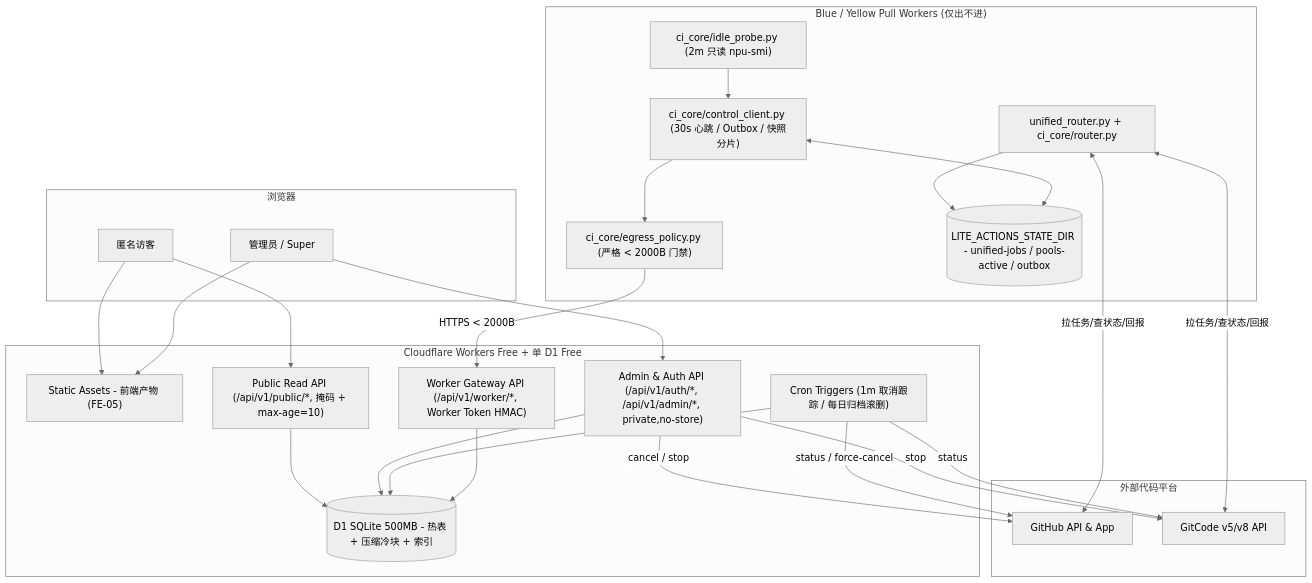
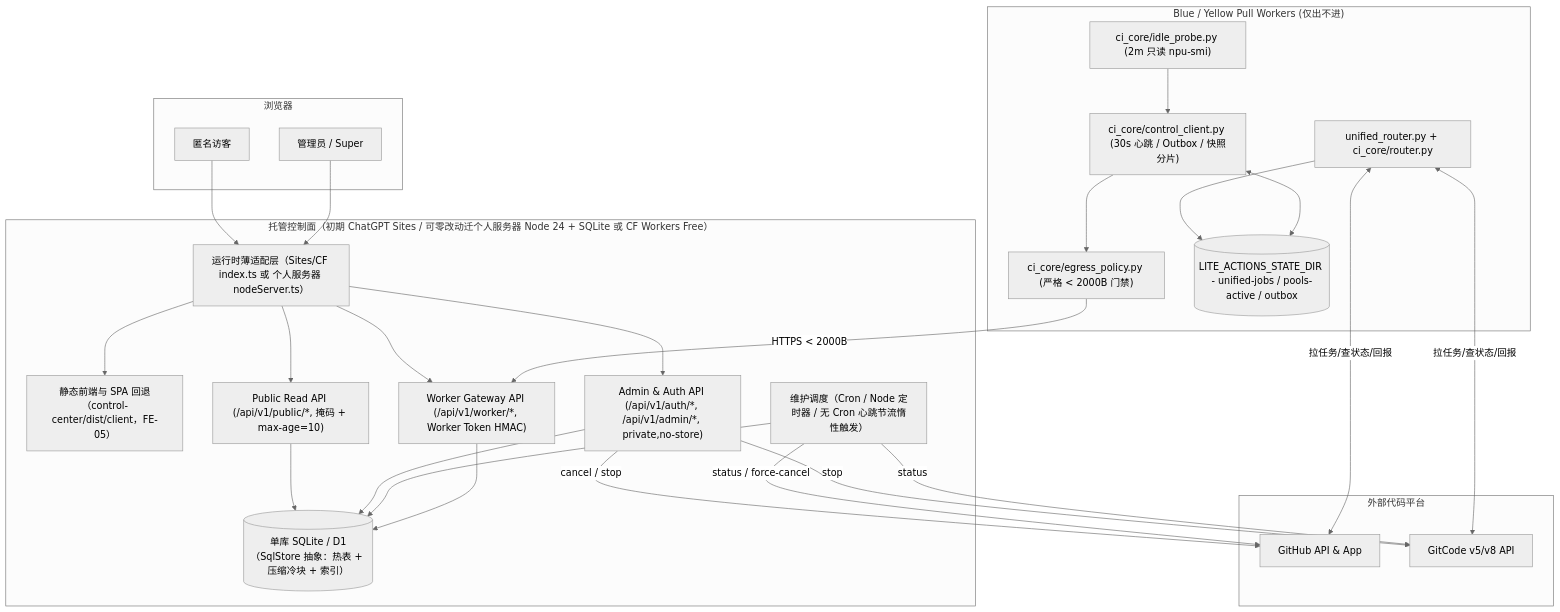
Before and after one commit to depeng1994/lite-actions: the diagram in control-center/docs/DESIGN.md, drawn with Mermaid (neutral theme). The commit also changed other lines of this file and 3 other files, not shown here.

Commit message:
docs(control-center): align v1.5 PRD/DESIGN with demo handoff and portability DT gate

````diff
--- a/control-center/docs/DESIGN.md
+++ b/control-center/docs/DESIGN.md
@@ -160,50 +208,53 @@
 ```mermaid
 flowchart TB
     subgraph Browser["浏览器"]
         PUB["匿名访客"]
         ADM["管理员 / Super"]
     end
 
-    subgraph CF["Cloudflare Workers Free + 单 D1 Free"]
-        ASSETS["Static Assets - 前端产物 (FE-05)"]
+    subgraph HOST["托管控制面（初期 ChatGPT Sites / 可零改动迁个人服务器 Node 24 + SQLite 或 CF Workers Free）"]
+        ADAPTER["运行时薄适配层（Sites/CF index.ts 或 个人服务器 nodeServer.ts）"]
+        ASSETS["静态前端与 SPA 回退（control-center/dist/client，FE-05）"]
         PUB_API["Public Read API (/api/v1/public/*, 掩码 + max-age=10)"]
         ADM_API["Admin & Auth API (/api/v1/auth/*, /api/v1/admin/*, private,no-store)"]
         W_API["Worker Gateway API (/api/v1/worker/*, Worker Token HMAC)"]
-        CRON["Cron Triggers (1m 取消跟踪 / 每日归档滚删)"]
-        D1[("D1 SQLite 500MB - 热表 + 压缩冷块 + 索引")]
+        MAINT["维护调度（Cron / Node 定时器 / 无 Cron 心跳节流惰性触发）"]
+        DB[("单库 SQLite / D1（SqlStore 抽象：热表 + 压缩冷块 + 索引）")]
     end
 
     subgraph Workers["Blue / Yellow Pull Workers (仅出不进)"]
         ROUTER["unified_router.py + ci_core/router.py"]
         CTRL["ci_core/control_client.py (30s 心跳 / Outbox / 快照分片)"]
         PROBE["ci_core/idle_probe.py (2m 只读 npu-smi)"]
         EGRESS["ci_core/egress_policy.py (严格 < 2000B 门禁)"]
         STATE[("LITE_ACTIONS_STATE_DIR - unified-jobs / pools-active / outbox")]
     end
 
     subgraph Platforms["外部代码平台"]
         GH["GitHub API & App"]
         GC["GitCode v5/v8 API"]
     end
 
-    PUB --> ASSETS
-    PUB --> PUB_API
-    ADM --> ASSETS
-    ADM --> ADM_API
-    PUB_API --> D1
-    ADM_API --> D1
+    PUB --> ADAPTER
+    ADM --> ADAPTER
+    ADAPTER --> ASSETS
+    ADAPTER --> PUB_API
+    ADAPTER --> ADM_API
+    ADAPTER --> W_API
+    PUB_API --> DB
+    ADM_API --> DB
     ADM_API -->|cancel / stop| GH
     ADM_API -->|stop| GC
-    CRON --> D1
-    CRON -->|status / force-cancel| GH
-    CRON -->|status| GC
-    W_API --> D1
+    MAINT --> DB
+    MAINT -->|status / force-cancel| GH
+    MAINT -->|status| GC
+    W_API --> DB
 
     ROUTER --> STATE
     ROUTER <-->|拉任务/查状态/回报| GH
     ROUTER <-->|拉任务/查状态/回报| GC
     CTRL --> EGRESS
     EGRESS -->|HTTPS < 2000B| W_API
     PROBE --> CTRL
     CTRL <--> STATE
 ```
````
